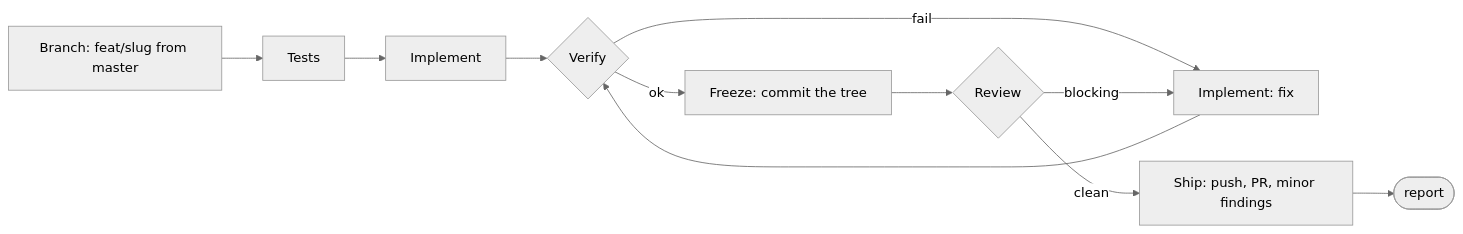
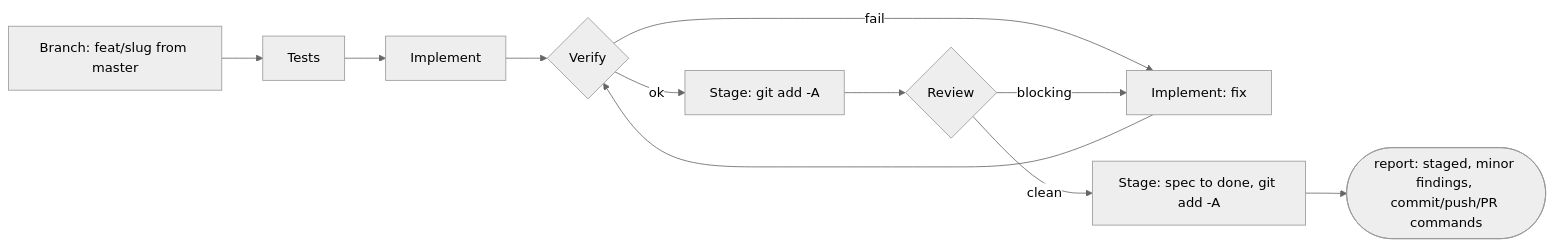
The diagram in skarbiec-plan/workflow.md (Maliniak93/FinMel), drawn with Mermaid (neutral theme) before and after one commit. The commit also changed other lines of this file and 17 other files, not shown here.

````diff
--- a/skarbiec-plan/workflow.md
+++ b/skarbiec-plan/workflow.md
@@ -22,11 +22,11 @@
 ```mermaid
 flowchart LR
     B[Branch: feat/slug from master] --> T[Tests]
     T --> I[Implement] --> V{Verify}
     V -- fail --> IF[Implement: fix] --> V
-    V -- ok --> C[Freeze: commit the tree]
+    V -- ok --> C[Stage: git add -A]
     C --> R{Review}
     R -- blocking --> IF
-    R -- clean --> S[Ship: push, PR, minor findings]
-    S --> Done([report])
+    R -- clean --> S[Stage: spec to done, git add -A]
+    S --> Done([report: staged, minor findings, commit/push/PR commands])
 ```
````
